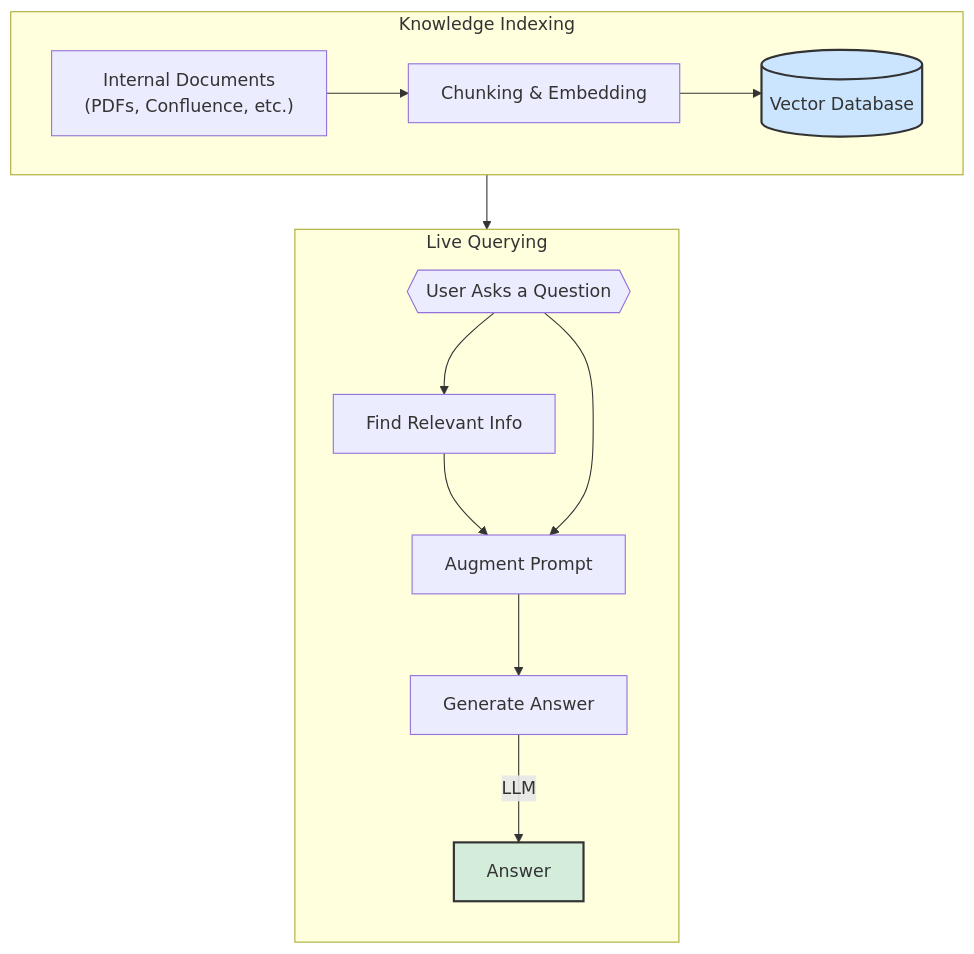
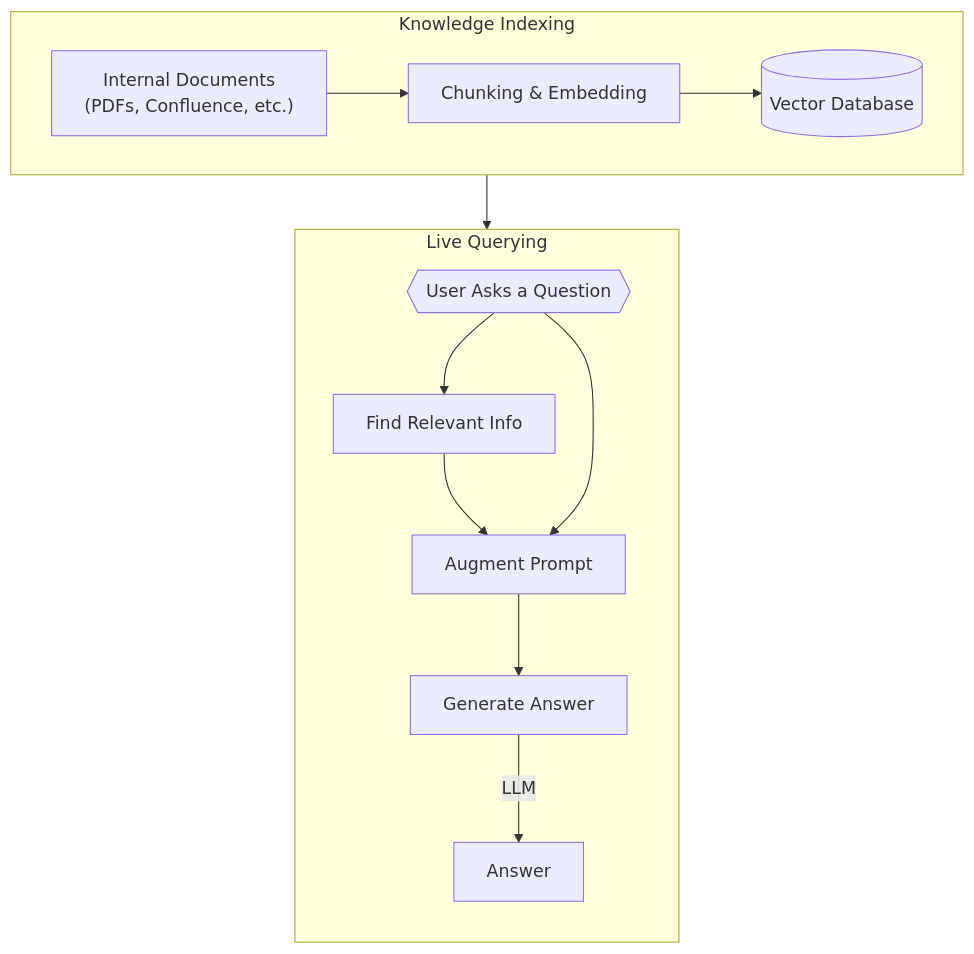
One commit to 89jobrien/examples changed the second of 5 diagrams in README.md. Above: the diagram before and after it, drawn with Mermaid. The commit also changed other lines of this file, not shown here.

````diff
--- a/README.md
+++ b/README.md
@@ -27,21 +20,18 @@
 ```mermaid
 flowchart TD
   subgraph "Knowledge Indexing"
     direction LR
     A["Internal Documents<br>(PDFs, Confluence, etc.)"] --> B["Chunking & Embedding"]
     B --> C[("Vector Database")]
   end
 
   subgraph "Live Querying"
     direction TB
     D{{User Asks a Question}} --> E["Find Relevant Info"]
     C --> E
     E --> F["Augment Prompt"]
     D --> F
     F --> G["Generate Answer"]
     G -- LLM --> H["Answer"]
   end
-
-  style C fill:#cce5ff,stroke:#333,stroke-width:2px
-  style H fill:#d4edda,stroke:#333,stroke-width:2px
 ```
````
